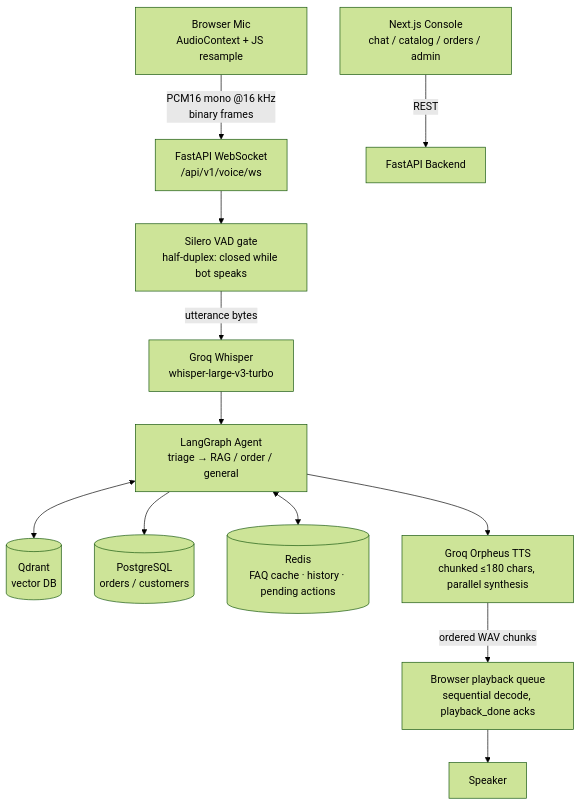
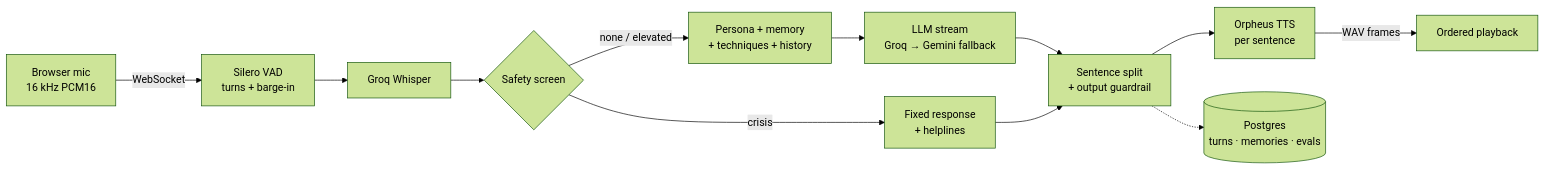
One commit to NoumanZahid-85/Haven changed the diagram in README.md. Above: the diagram before and after it, drawn with Mermaid (forest theme). The commit also changed other lines of this file, not shown here.

````diff
--- a/README.md
+++ b/README.md
@@ -84,15 +23,14 @@
 ```mermaid
-flowchart TD
-    MIC["Browser Mic<br/>AudioContext + JS resample"] -->|"PCM16 mono @16 kHz<br/>binary frames"| WS["FastAPI WebSocket<br/>/api/v1/voice/ws"]
-    WS --> GATE["Silero VAD gate<br/>half-duplex: closed while bot speaks"]
-    GATE -->|utterance bytes| STT["Groq Whisper<br/>whisper-large-v3-turbo"]
-    STT --> AGENT["LangGraph Agent<br/>triage → RAG / order / general"]
-    AGENT <--> VDB[("Qdrant<br/>vector DB")]
-    AGENT --> PG[("PostgreSQL<br/>orders / customers")]
-    AGENT <--> REDIS[("Redis<br/>FAQ cache · history · pending actions")]
-    AGENT --> TTS["Groq Orpheus TTS<br/>chunked ≤180 chars, parallel synthesis"]
-    TTS -->|"ordered WAV chunks"| Q["Browser playback queue<br/>sequential decode, playback_done acks"]
-    Q --> SPK["Speaker"]
-
-    FE["Next.js Console<br/>chat / catalog / orders / admin"] -->|REST| API["FastAPI Backend"]
+flowchart LR
+    MIC["Browser mic<br/>16 kHz PCM16"] -->|WebSocket| VAD["Silero VAD<br/>turns + barge-in"]
+    VAD --> STT["Groq Whisper"]
+    STT --> SAFE{"Safety screen"}
+    SAFE -->|crisis| SCRIPT["Fixed response<br/>+ helplines"]
+    SAFE -->|none / elevated| CTX["Persona + memory<br/>+ techniques + history"]
+    CTX --> LLM["LLM stream<br/>Groq → Gemini fallback"]
+    LLM --> SEG["Sentence split<br/>+ output guardrail"]
+    SCRIPT --> SEG
+    SEG --> TTS["Orpheus TTS<br/>per sentence"]
+    TTS -->|WAV frames| PLAY["Ordered playback"]
+    SEG -.-> DB[("Postgres<br/>turns · memories · evals")]
 ```
````
